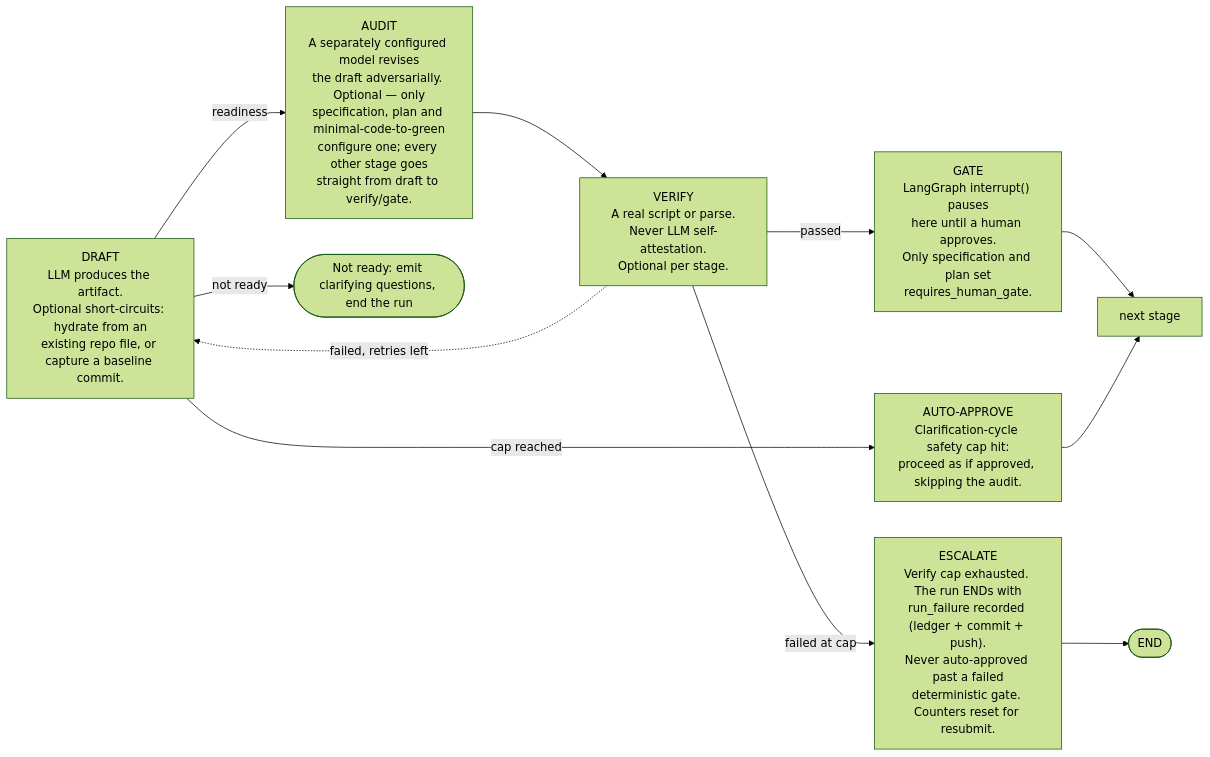
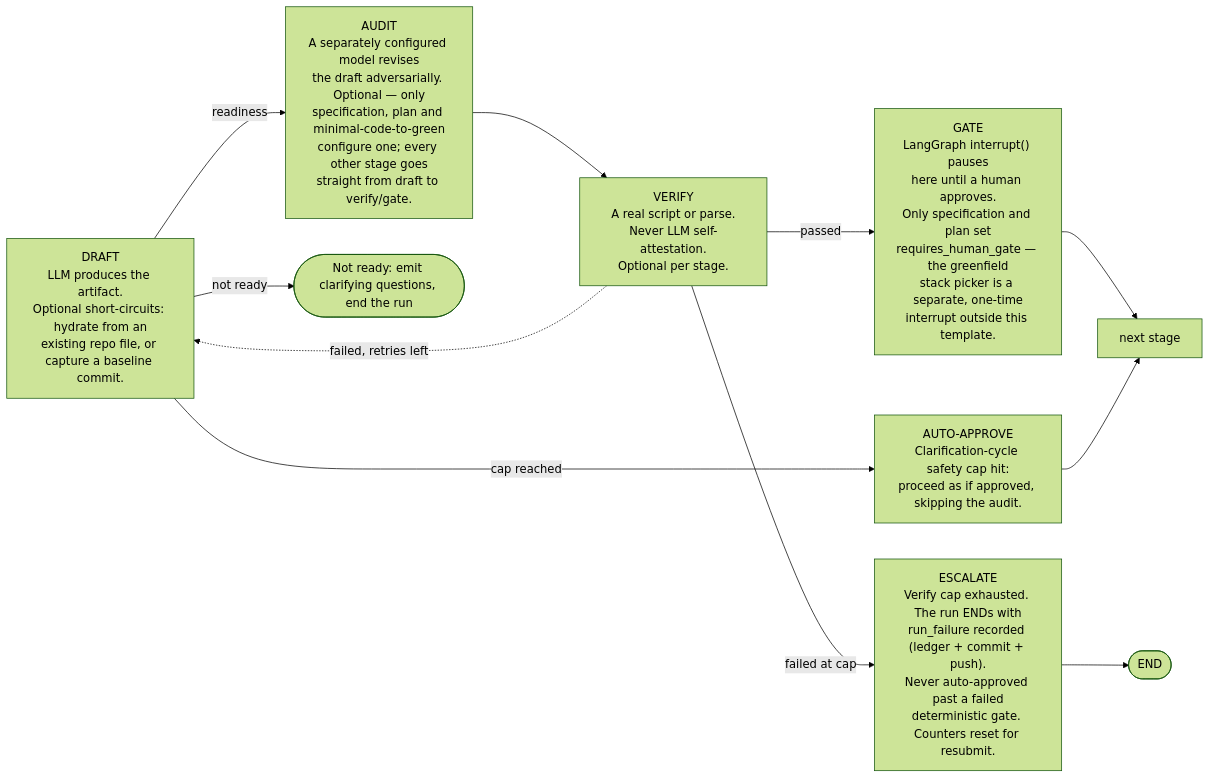
Before and after one commit to bancroftway/ai-dev-workflow: the second of 2 diagrams in README.md, drawn with Mermaid (forest theme). The commit also changed other lines of this file and 2 other files, not shown here.

````diff
--- a/README.md
+++ b/README.md
@@ -186,21 +198,21 @@
 ```mermaid
 flowchart LR
     d["DRAFT<br/>LLM produces the artifact.<br/>Optional short-circuits: hydrate from an<br/>existing repo file, or capture a baseline commit."]
     a["AUDIT<br/>A separately configured model revises<br/>the draft adversarially. Optional — only<br/>specification, plan and minimal-code-to-green<br/>configure one; every other stage goes<br/>straight from draft to verify/gate."]
     v["VERIFY<br/>A real script or parse.<br/>Never LLM self-attestation.<br/>Optional per stage."]
-    g["GATE<br/>LangGraph interrupt() pauses<br/>here until a human approves.<br/>Only specification and plan set<br/>requires_human_gate."]
+    g["GATE<br/>LangGraph interrupt() pauses<br/>here until a human approves.<br/>Only specification and plan set<br/>requires_human_gate — the greenfield<br/>stack picker is a separate, one-time<br/>interrupt outside this template."]
     aa["AUTO-APPROVE<br/>Clarification-cycle safety cap hit:<br/>proceed as if approved, skipping the audit."]
     e["ESCALATE<br/>Verify cap exhausted. The run ENDs with<br/>run_failure recorded (ledger + commit + push).<br/>Never auto-approved past a failed<br/>deterministic gate. Counters reset for resubmit."]
     q(["Not ready: emit clarifying questions, end the run"])
 
     d -->|readiness| a
     d -->|cap reached| aa
     d -->|not ready| q
     a --> v
     v -->|passed| g
     v -.->|failed, retries left| d
     v -->|failed at cap| e
     e --> theend(["END"])
     g --> next["next stage"]
     aa --> next
 ```
````
